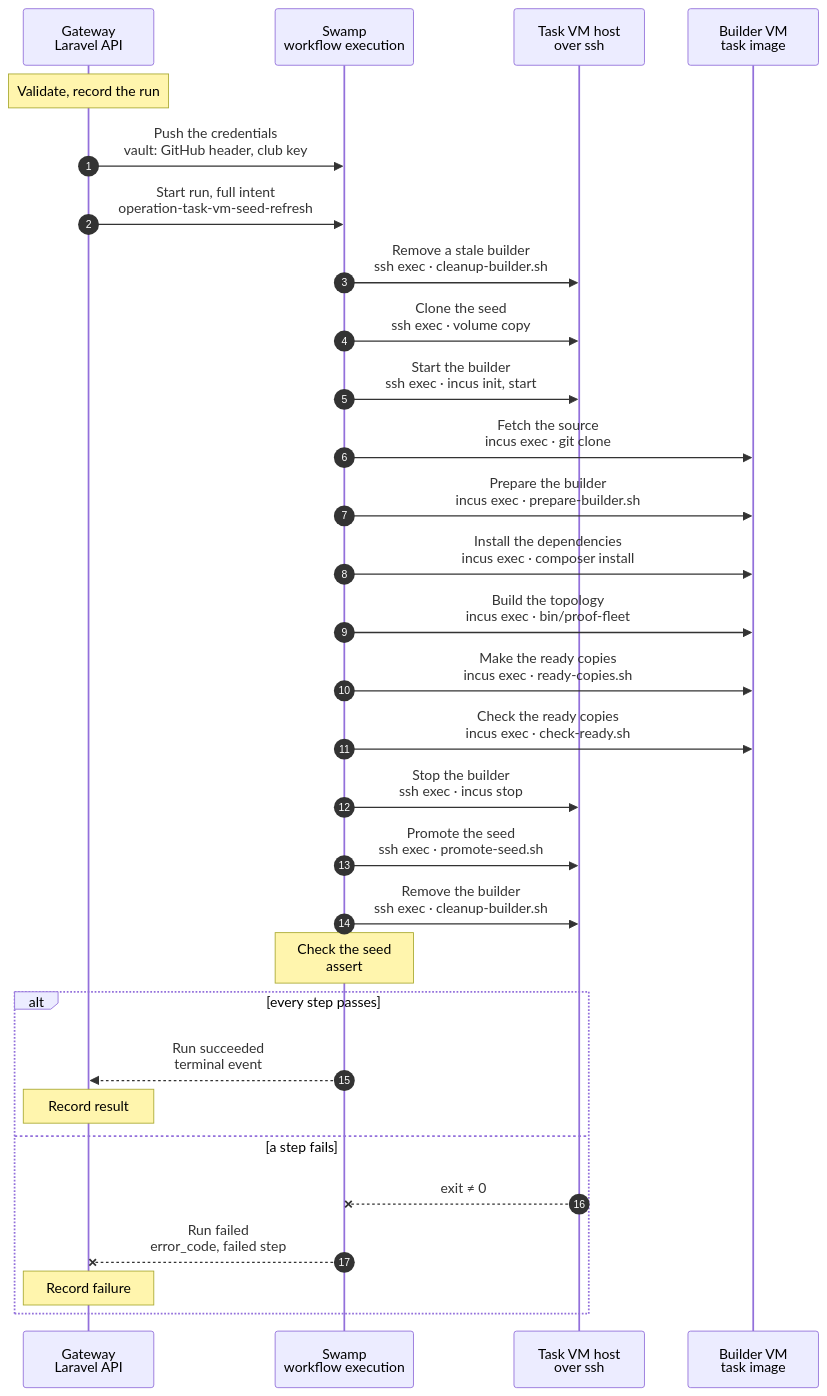
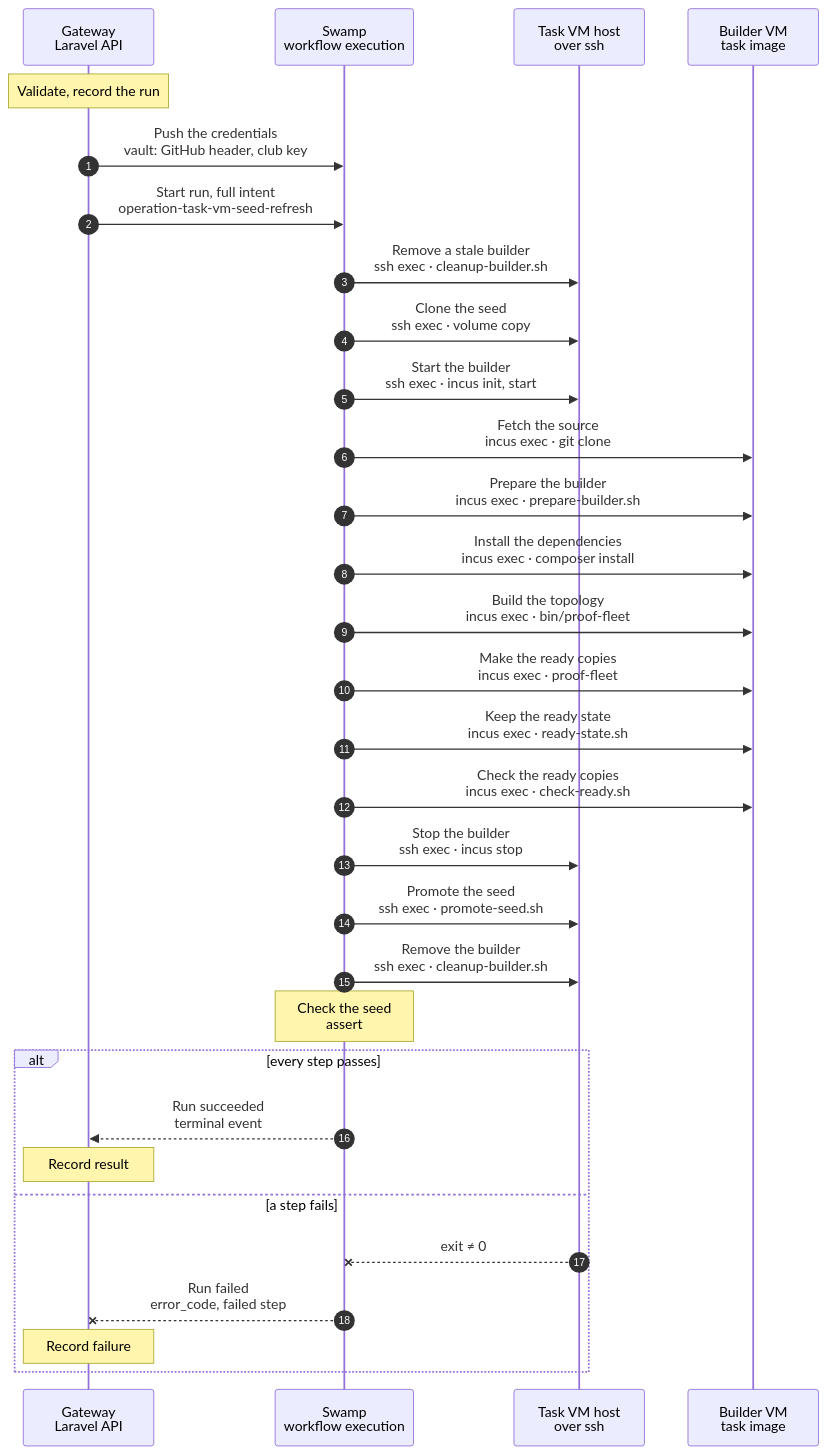
Before and after one commit to hardimpactdev/orbit: the diagram in docs/cli/tasks/vm-seed-refresh.mmd, drawn with Mermaid. The commit also changed 10 other files, not shown here.

Commit message:
feat(task-vm): make the ready copies with bin/proof-fleet ready and keep the source state beside them

```diff
--- a/docs/cli/tasks/vm-seed-refresh.mmd
+++ b/docs/cli/tasks/vm-seed-refresh.mmd
@@ -1,153 +1,159 @@
 sequenceDiagram
   %% Target design: B3 (migration-dashboard/public/task-vms.html, "What is baked in" and the decision log), docs/reference/compute-drivers.md (The topology seed), swamp/proof/reset/README.md.
   %% Tightened: flow-tighten rules 1, 3, 6, 9, 20, 22 (the host work is one placed step per action group; the build is the proof reset of the release, not a second builder; the swap is renames in one step; one end check).
   %% status: draft
   %% command: none · refresh the topology seed of a task VM host
   %% kind: task_vm.seed_refresh
   autonumber
   %% lane GW icon=gateway pill=intent tone=blue
   %% lane SW icon=workflow pill=executes tone=green
   %% lane H icon=server pill=target tone=amber
   %% lane B icon=server pill=target tone=purple
   participant GW as Gateway<br/>Laravel API
   participant SW as Swamp<br/>workflow execution
   participant H as Task VM host<br/>over ssh
   participant B as Builder VM<br/>task image
   Note over GW: Validate, record the run
   %%> Started by:
   %%> - the release flow, for every task VM host in parallel, once the release is live and the host's task image is promoted (B8)
   %%> - there is no CLI command of its own; an operator runs `php artisan task-vms:refresh-seed HOST` on the Gateway
   %%> Requirements:
   %%> - the host is an active task VM host with a promoted task image, and no image build is running on it
   %%> - the host has the seed of that image: a refresh starts from it and never from nothing
   %%> - the host has the three slots of a large VM free, and no image build holds the host lock
   %%> - the Gateway runs a release commit, the GitHub App can read the release repository, and the proof Swamp Club key is set
   %%> Result:
   %%> - a task is recorded with the full intent; a second admission for the host returns the open task
   %%> - nothing on the host changes yet
   GW->>SW: Push the credentials<br/>vault: GitHub header, club key
   %%> Why:
   %%> - credentials go Gateway → vault → step; the run inputs hold only vault key names
   %%> - the GitHub read header is minted by the Gateway's App, whose key never leaves the Gateway
   GW->>SW: Start run, full intent<br/>operation-task-vm-seed-refresh
   %%> Inputs:
   %%> - the task image, the names of the current, building and previous seed, and the builder VM with its instance config
   %%> - the release repository and the commit the Gateway runs, so the ready topology is the release it will serve
   SW->>H: Remove a stale builder<br/>ssh exec · cleanup-builder.sh
   %%> What it does:
   %%> - takes the host seed lock, the lock a claim's seed clone takes
   %%> - deletes the builder VM
   %%> - repairs a promotion that died between its two renames: if the current seed is missing, the old seed goes back from `-previous`
   %%> - only then deletes an unpromoted `-refresh` clone
   %%> - keeps `-previous`, the rollback copy
   %%> Why:
   %%> - a host refreshes one seed at a time, so anything with these names belongs to an earlier run that ended badly
   %%> The script:
   %%> - the file `tools/task-vm-seed/cleanup-builder.sh` travels in the intent, so the run shows what it ran
   SW->>H: Clone the seed<br/>ssh exec · volume copy
   %%> What it does:
   %%> - takes the host seed lock, then copies the current seed to the building name; on ZFS the copy is a clone and costs only what the build writes
   %%> Why:
   %%> - the build starts from the node template that is in the seed, and the old seed stays untouched
   %%> Fails when:
   %%> - the host has no current seed; nothing has changed
   SW->>H: Start the builder<br/>ssh exec · incus init, start
   %%> What it does:
   %%> - creates a large VM (12 GiB, 6 CPUs) from the task image, with the seed clone as the disk `topology-seed`, and starts it
   %%> - waits until the Incus agent reports the VM's address
   %%> Not included:
   %%> - no fleet identity: the builder has no WireGuard address, Node, token or model key, and it is not an enrolled slot
   SW->>B: Fetch the source<br/>incus exec · git clone
   %%> What it does:
   %%> - clones the release repository into the checkout path and checks out the release commit on the branch `seed-refresh/task-1`
   %%> Why the branch:
   %%> - the topology harness refuses a checkout whose branch does not name its task
   %%> Secret:
   %%> - the GitHub read header reaches Git from standard input; it is in no argument and no file
   SW->>B: Prepare the builder<br/>incus exec · prepare-builder.sh
   %%> What it does:
   %%> - installs the proof Swamp Club key for the reset's Swamp runs, from standard input, mode 0600
   %%> - adds idle stand-ins for the observer and Pi services and a throwaway `orbit` interface
   %%> Why the stand-ins:
   %%> - the reset proves it leaves the outer VM's services and tunnel as it found them, and a builder has none of them
   SW->>B: Install the dependencies<br/>incus exec · composer install
   %%> What it does:
   %%> - installs the Composer packages of the SDK, the CLI, the harness and the Gateway, in that order
   SW->>B: Build the topology<br/>incus exec · bin/proof-fleet
   %%> What it does:
   %%> - adopts the seed clone as the Incus pool `topology-seed`
   %%> - runs the proof reset of the release: Gateway with Swamp, app-dev and app-prod, real WireGuard on 10.45.0.0/24
   %%> - the reset ends when the fleet is healthy, its agents are online and Doctor is clean
   %%> Measured:
   %%> - 6 min 33 s to 7 min 26 s on beast at host load 5 to 9, in whole runs of 7 min 31 s and 10 min 2 s; the S3 measurement of the reset alone is 232 s on a quiet host
-  SW->>B: Make the ready copies<br/>incus exec · ready-copies.sh
+  SW->>B: Make the ready copies<br/>incus exec · proof-fleet
   %%> What it does:
-  %%> - stops the three VMs and keeps a stopped copy of each as `ready-gateway`, `ready-app-dev` and `ready-app-prod`
-  %%> - deletes the three VMs of the build and the operator VM the harness still makes; the node template stays
-  %%> - prints the list of the ready copies
-  %%> The copy interface (for the reset from ready copies):
-  %%> - no NIC: a static MAC or address cannot sit on a second instance, and a NIC on the build's network stops a new task VM from adopting the pool; the values are in `user.orbit.ready.mac`, `user.orbit.ready.ipv4` and `user.orbit.ready.network`, and the role in `user.orbit.ready.role`
-  %%> - the disk `orbit-source` points at the fixed path `/home/orbit/.orbit/ready/source`
-  %%> - the build's source tree, with its `.env`, `storage`, `bootstrap/cache`, ACLs and owners, is kept in the pool as the custom volume `ready-source`; the ready Gateway needs it, because its baked database is encrypted with the application key in that `.env`, and a task VM restores it to the fixed path before it starts the copies
-  %%> - no `user.orbit.e2e.*` label, so a release of a build never deletes a ready copy
+  %%> - runs `bin/proof-fleet ready` of the release: it copies the healthy fleet to `fleet-ready-gateway`, `fleet-ready-app-dev` and `fleet-ready-app-prod`
+  %%> - the copies carry no Swamp Club key: the command deletes it from the Gateway, scans for it, and discards the freed blocks
+  %%> - then runs `bin/proof-fleet release`, which deletes the guests of the build and leaves the copies
+  %%> The contract:
+  %%> - names, `user.ready.*` keys, no NIC, no source mount and no generation label are in `swamp/proof/README.md`, "Ready copies: the contract"
+  SW->>B: Keep the ready state<br/>incus exec · ready-state.sh
+  %%> What it does:
+  %%> - checks that the pool holds `node-template` and the three complete, stopped copies of one set, with the keys `minted`, `attempt` and `inputs`, and nothing else
+  %%> - keeps the build's source tree as the custom volume `ready-source`, with its `.env`, `storage`, `bootstrap/cache`, ACLs and owners
+  %%> Why the source tree:
+  %%> - the ready Gateway's database is encrypted with the key in that `.env`, and the tree is a directory of the outer VM, not part of the seed
+  %%> - a fresh task VM restores it before it restores the copies
+  %%> Prints:
+  %%> - the copies, their set identity and the keys, which the Gateway compares with what it admitted
   SW->>B: Check the ready copies<br/>incus exec · check-ready.sh
   %%> What it does:
   %%> - starts a throwaway copy of each ready copy and waits for its Incus agent, so each ready copy is a VM that boots
   %%> - searches each copy, and the volume `ready-source`, for the Swamp Club key of the build, by path and by value
   %%> - deletes the copies; a ready copy itself is never started
   %%> Why:
   %%> - the seed is cloned into every task VM of the host, so a key in it would reach all of them
   %%> - a ready copy that does not boot must not become the seed
   %%> Prints:
   %%> - the roles that passed, which the Gateway compares with the roles it admitted
   SW->>H: Stop the builder<br/>ssh exec · incus stop
   %%> What it does:
   %%> - stops the builder cleanly; its Incus unmounts the pool, so the seed holds a finished file system
   SW->>H: Promote the seed<br/>ssh exec · promote-seed.sh
   %%> What it does:
   %%> - takes the host seed lock, so no claim clones the seed between the renames
   %%> - deletes the builder; its seed clone stays as a volume
   %%> - `zfs promote` makes the clone own the blocks it shares with the old seed, so a chain of refreshes does not grow
   %%> - deletes the `-previous` seed of the refresh before, then renames the current seed to `-previous` and the clone to the seed name
   %%> - ignores HUP, INT and TERM during the two renames; if the second rename fails, the first is undone
   %%> - prints the seed name, its size and the bytes the build wrote
   %%> Rollback copy:
   %%> - the old seed stays as `-previous` until the next successful refresh deletes it
   %%> - a task VM that runs keeps its own clone of the old seed, even after that deletion
   %%> The only change:
   %%> - this is the only step that changes what a claim clones
   SW->>H: Remove the builder<br/>ssh exec · cleanup-builder.sh
   %%> What it does:
   %%> - runs after success, failure and cancellation, with the same script as the first step
   %%> - repairs a promotion that died between its renames before it deletes anything
   %%> - deletes the builder VM and an unpromoted clone; a promoted clone has the seed name by now
   %%> - lists the VMs and volumes for the end check
   Note over SW: Check the seed<br/>assert
   %%> End check:
   %%> - a native `assert` over the step results
   %%> - the build, the ready copies, their check, the promotion and the cleanup passed
   %%> - the host lists the seed, and no builder and no unpromoted clone
   alt every step passes
     SW-->>GW: Run succeeded<br/>terminal event
     %%> How the Gateway learns it:
     %%> - its run reader sees the terminal event; Swamp never calls the Gateway
     Note over GW: Record result
     %%> Result:
     %%> - the task succeeds, with the seed name, its rollback copy, the ready copies, the size of the seed and the bytes the build wrote
     %%> - the Gateway keeps no other state: the seed is on the host, under the name every claim clones
     %%> The next claim:
     %%> - clones the new seed and boots a VM that holds the three ready VMs
   else a step fails
     H--xSW: exit ≠ 0
     %%> When:
     %%> - a host command, the build, the ready copies, the promotion or the end check fails, or the run is cancelled
     SW--xGW: Run failed<br/>error_code, failed step
     Note over GW: Record failure
     %%> Result:
     %%> - the task fails; no alert fires
     %%> On the host:
     %%> - the host keeps the seed it had, because the promotion is the last host change and undoes itself
     %%> - the builder and its clone are deleted by the cleanup, and the next run removes any a crash left
     %%> Retry:
     %%> - run the refresh again after fixing the cause; it starts from the current seed
   end
```
